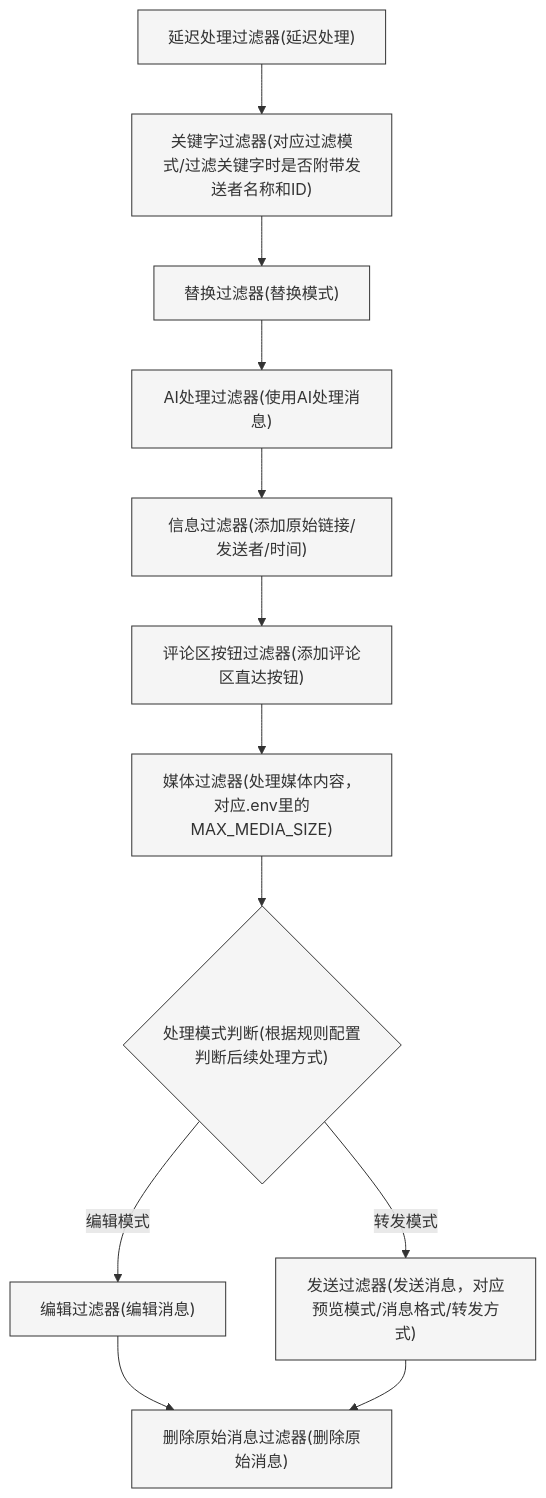
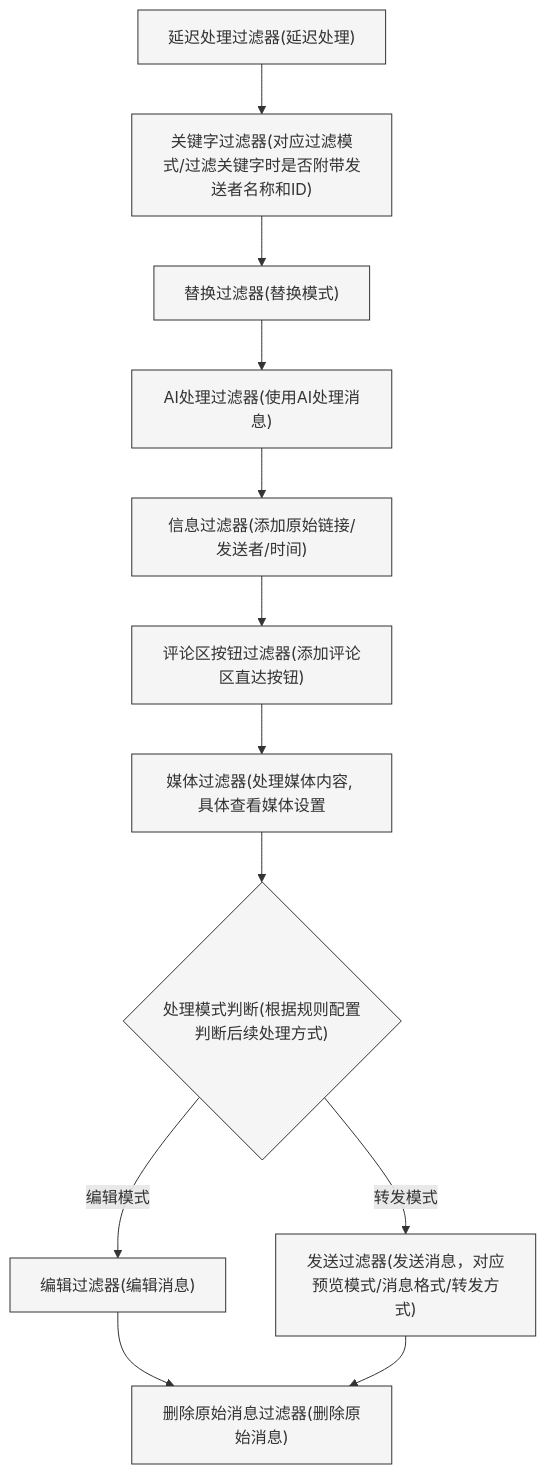
One commit to zhangnoter/TG changed the diagram in README.md. Above: the diagram before and after it, drawn with Mermaid.

````diff
--- a/README.md
+++ b/README.md
@@ -286,19 +286,19 @@
 ```mermaid
 flowchart TD
     A["延迟处理过滤器(延迟处理)"] --> B["关键字过滤器(对应过滤模式/过滤关键字时是否附带发送者名称和ID)"]
     B --> C["替换过滤器(替换模式)"]
     C --> D["AI处理过滤器(使用AI处理消息)"]
     D --> E["信息过滤器(添加原始链接/发送者/时间)"]
     E --> K["评论区按钮过滤器(添加评论区直达按钮)"]
-    K --> F["媒体过滤器(处理媒体内容，对应.env里的MAX_MEDIA_SIZE)"]
+    K --> F["媒体过滤器(处理媒体内容, 具体查看媒体设置"]
     F --> J{"处理模式判断(根据规则配置判断后续处理方式)"}
     J -->|编辑模式| G["编辑过滤器(编辑消息)"]
     J -->|转发模式| H["发送过滤器(发送消息，对应预览模式/消息格式/转发方式)"]
     G --> I["删除原始消息过滤器(删除原始消息)"]
     H --> I
 
     classDef filter fill:#f5f5f5,stroke:#333,stroke-width:1px;
     class A,B,C,D,E,F,G,H,I,K filter;
     classDef decision fill:#f5f5f5,stroke:#333,stroke-width:1px;
     class J decision;
 ```
````
